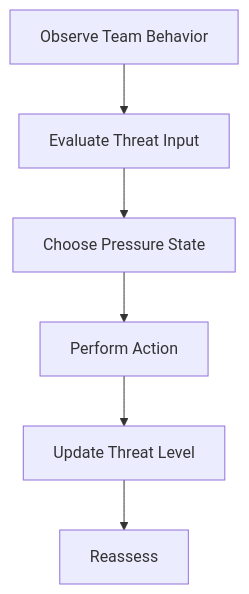
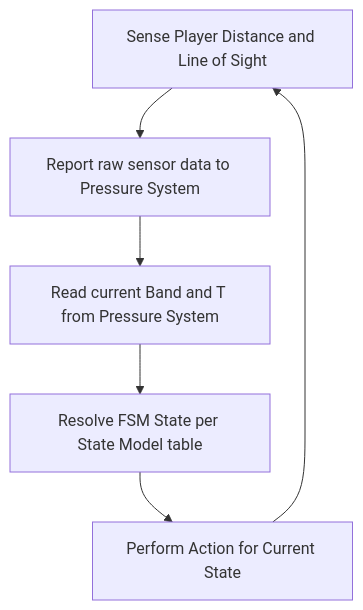
One commit to snehadpatel/QuestBit changed the first of 2 diagrams in Project-Echo/docs/GDD/10 Monster AI.md. Above: the diagram before and after it, drawn with Mermaid. The commit also changed other lines of this file and 16 other files, not shown here.

````diff
--- a/Project-Echo/docs/GDD/10 Monster AI.md
+++ b/Project-Echo/docs/GDD/10 Monster AI.md
@@ -29,8 +31,8 @@
 ```mermaid
 flowchart TD
-    A[Observe Team Behavior] --> B[Evaluate Threat Input]
-    B --> C[Choose Pressure State]
-    C --> D[Perform Action]
-    D --> E[Update Threat Level]
-    E --> F[Reassess]
+    A[Sense Player Distance and Line of Sight] --> PS[Report raw sensor data to Pressure System]
+    PS --> B[Read current Band and T from Pressure System]
+    B --> C[Resolve FSM State per State Model table]
+    C --> D[Perform Action for Current State]
+    D --> A
 ```
````
